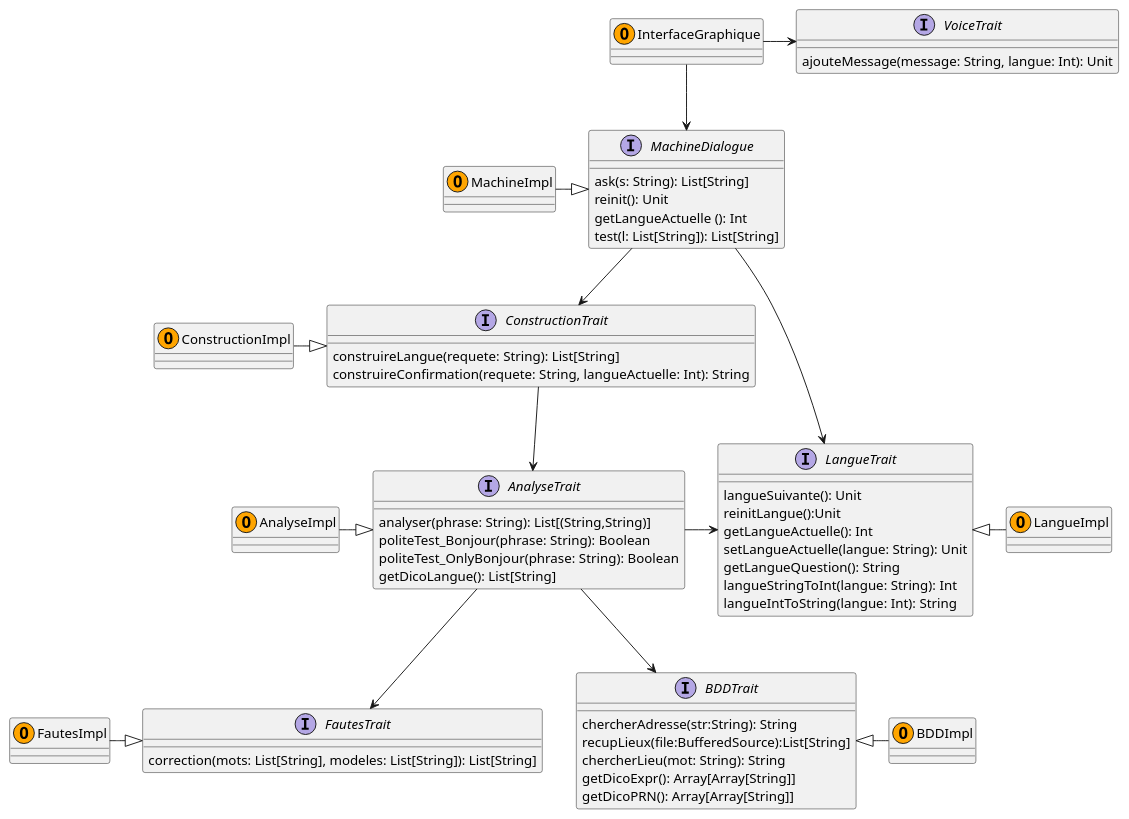
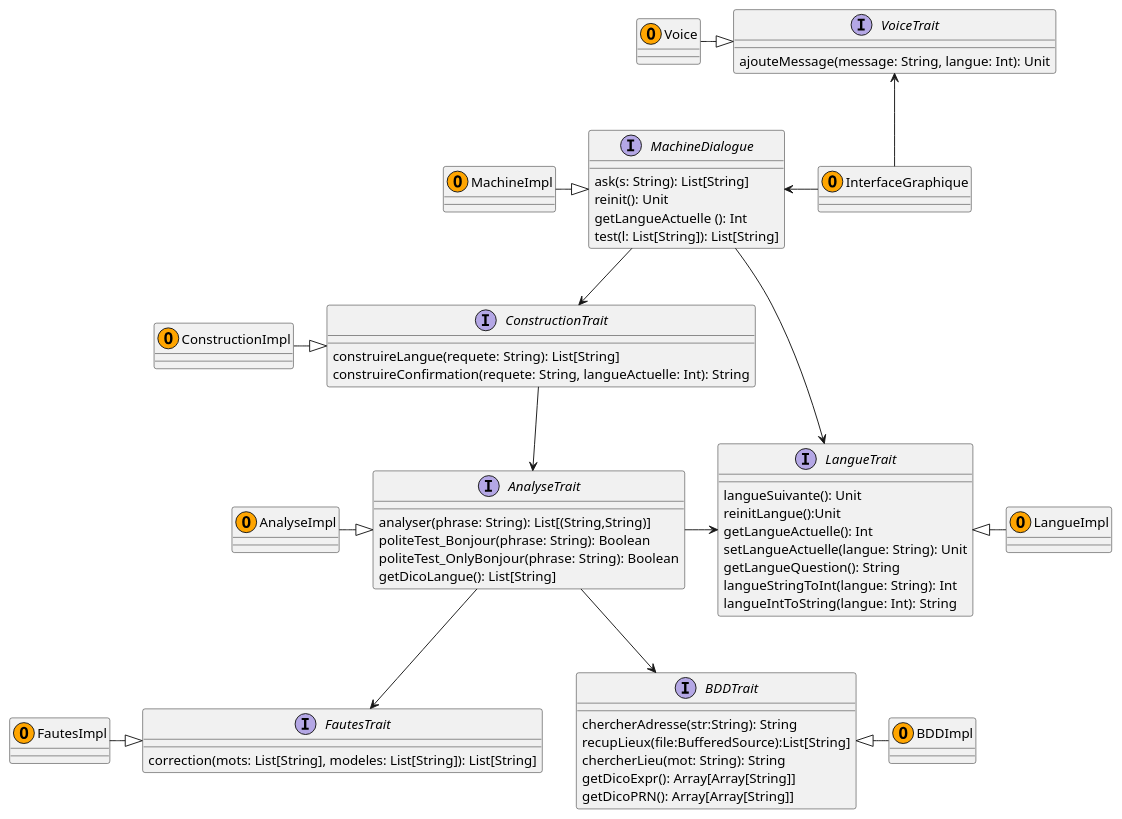
The diagram in src/main/scala/diagramme/diag_imp.plantuml (mathisglt/AvatarBacchus), drawn with PlantUML before and after one commit.

Commit message:
mise au propre du diagramme

```diff
--- a/src/main/scala/diagramme/diag_imp.plantuml
+++ b/src/main/scala/diagramme/diag_imp.plantuml
@@ -1,74 +1,78 @@
 @startuml Avatar
+
+' Création des interfaces
+interface AnalyseTrait{
+	analyser(phrase: String): List[(String,String)]
+	politeTest_Bonjour(phrase: String): Boolean
+	politeTest_OnlyBonjour(phrase: String): Boolean
+	getDicoLangue(): List[String]
+}
 
 interface BDDTrait{
 	chercherAdresse(str:String): String
 	recupLieux(file:BufferedSource):List[String]
 	chercherLieu(mot: String): String
 	getDicoExpr(): Array[Array[String]]
 	getDicoPRN(): Array[Array[String]]
 }
 
-interface MachineDialogue {
-	ask(s: String): List[String]
-	reinit(): Unit
-	getLangueActuelle (): Int 
-	test(l: List[String]): List[String]
-}
-
 interface ConstructionTrait{
 	construireLangue(requete: String): List[String]
 	construireConfirmation(requete: String, langueActuelle: Int): String
-}
-
-interface FautesTrait{
-	correction(mots: List[String], modeles: List[String]): List[String]
-}
-
-interface VoiceTrait{
-	ajouteMessage(message: String, langue: Int): Unit
-}
-
-interface AnalyseTrait{
-	analyser(phrase: String): List[(String,String)]
-	politeTest_Bonjour(phrase: String): Boolean
-	politeTest_OnlyBonjour(phrase: String): Boolean
-	getDicoLangue(): List[String]
 }
 
 interface LangueTrait{
 	langueSuivante(): Unit
 	reinitLangue():Unit
  	getLangueActuelle(): Int
   	setLangueActuelle(langue: String): Unit
   	getLangueQuestion(): String
   	langueStringToInt(langue: String): Int
 	langueIntToString(langue: Int): String
 }
 
+interface MachineDialogue {
+	ask(s: String): List[String]
+	reinit(): Unit
+	getLangueActuelle (): Int 
+	test(l: List[String]): List[String]
+}
 
-class MachineImpl <<(O,Orange)>>
-class InterfaceGraphique <<(O,Orange)>>
-class ConstructionImpl <<(O,Orange)>>
+interface FautesTrait{
+	correction(mots: List[String], modeles: List[String]): List[String]
+}
+
+interface VoiceTrait{
+	ajouteMessage(message: String, langue: Int): Unit
+}
+
+' Création des objects
 class AnalyseImpl <<(O,Orange)>>
 class BDDImpl <<(O,Orange)>>
+class ConstructionImpl <<(O,Orange)>>
+class InterfaceGraphique <<(O,Orange)>>
+class LangueImpl <<(O,Orange)>>
+class MachineImpl <<(O,Orange)>>
 class FautesImpl <<(O,Orange)>>
-class LangueImpl <<(O,Orange)>>
+class Voice <<(O,Orange)>>
 
+' Relations d'héritage
 MachineImpl -|> MachineDialogue
 BDDTrait <|-  BDDImpl
 ConstructionImpl -|>  ConstructionTrait
 AnalyseImpl -|>  AnalyseTrait
 FautesImpl -|> FautesTrait
 LangueTrait <|-  LangueImpl
+Voice -|> VoiceTrait
 
+' Relations d'utilisation
 MachineDialogue --> ConstructionTrait
-InterfaceGraphique --> MachineDialogue 
-InterfaceGraphique -> VoiceTrait 
+MachineDialogue <- InterfaceGraphique
+VoiceTrait <-- InterfaceGraphique
 ConstructionTrait --> AnalyseTrait
-
 AnalyseTrait -> LangueTrait
 AnalyseTrait --> FautesTrait
 AnalyseTrait --> BDDTrait
 MachineDialogue --> LangueTrait
 
 @enduml
```
